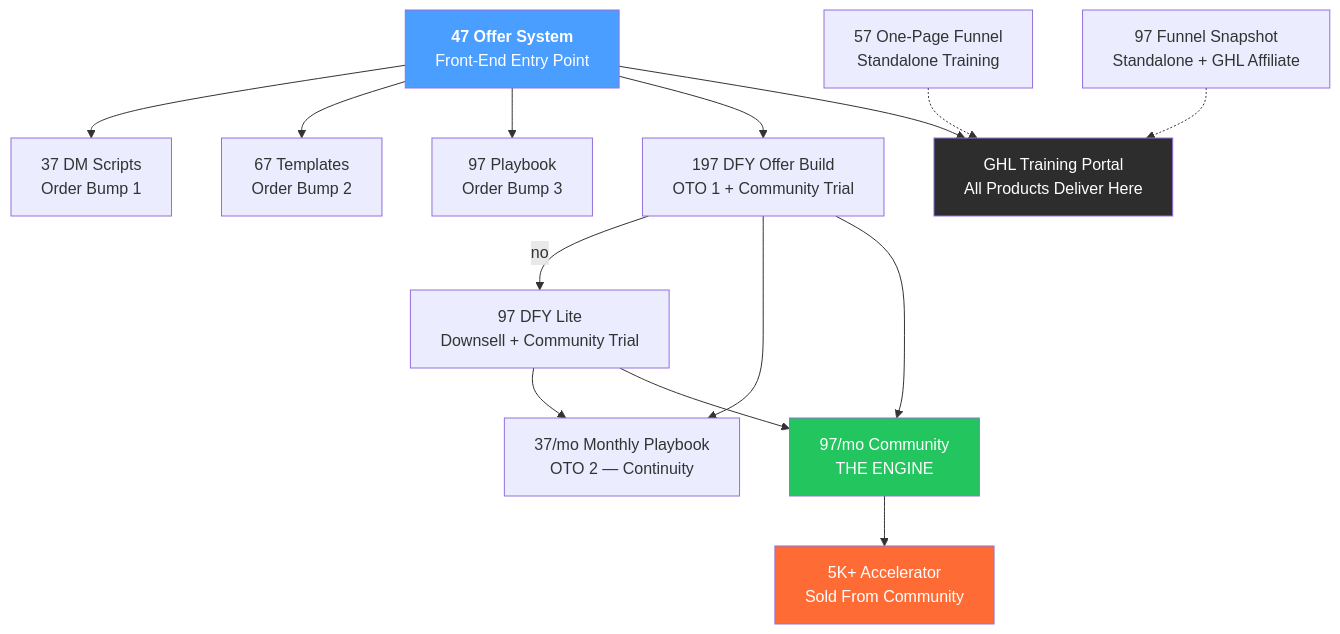
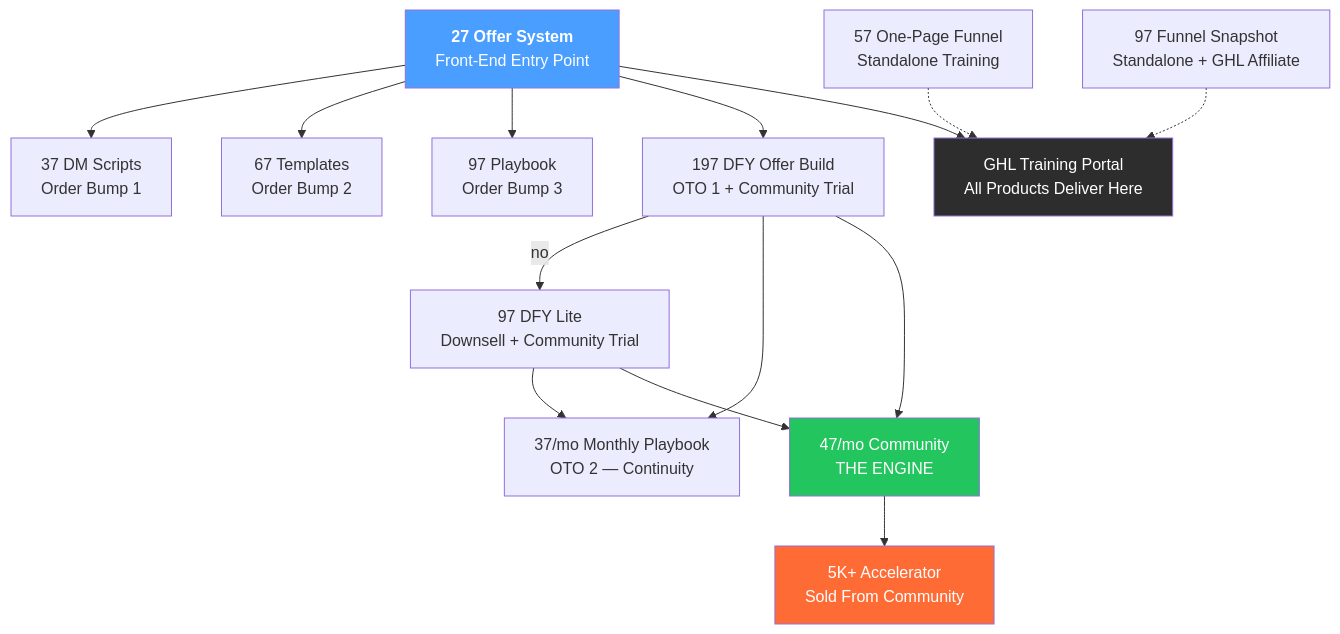
One commit to mike-scott-darwin/client-ready changed the diagram in reference/core/offer.md. Above: the diagram before and after it, drawn with Mermaid. The commit also changed 49 other files, not shown here.

````diff
--- a/reference/core/offer.md
+++ b/reference/core/offer.md
@@ -74,22 +74,22 @@
 ```mermaid
 graph TD
-    FE["<b>47 Offer System</b><br/>Front-End Entry Point"] --> B1["37 DM Scripts<br/>Order Bump 1"]
+    FE["<b>27 Offer System</b><br/>Front-End Entry Point"] --> B1["37 DM Scripts<br/>Order Bump 1"]
     FE --> B2["67 Templates<br/>Order Bump 2"]
     FE --> B3["97 Playbook<br/>Order Bump 3"]
     FE --> DFY["197 DFY Offer Build<br/>OTO 1 + Community Trial"]
     DFY -->|no| DFYL["97 DFY Lite<br/>Downsell + Community Trial"]
     DFY --> NL["37/mo Monthly Playbook<br/>OTO 2 — Continuity"]
     DFYL --> NL
-    DFY --> COM["97/mo Community<br/>THE ENGINE"]
+    DFY --> COM["47/mo Community<br/>THE ENGINE"]
     DFYL --> COM
     COM --> HT["5K+ Accelerator<br/>Sold From Community"]
 
     ST1["57 One-Page Funnel<br/>Standalone Training"] -.-> Portal
     ST2["97 Funnel Snapshot<br/>Standalone + GHL Affiliate"] -.-> Portal
     FE --> Portal["GHL Training Portal<br/>All Products Deliver Here"]
 
     style FE fill:#4a9eff,color:#fff
     style COM fill:#22c55e,color:#fff
     style HT fill:#ff6b35,color:#fff
     style Portal fill:#2d2d2d,color:#fff
 ```
````
